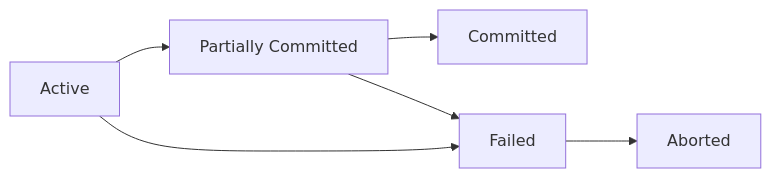
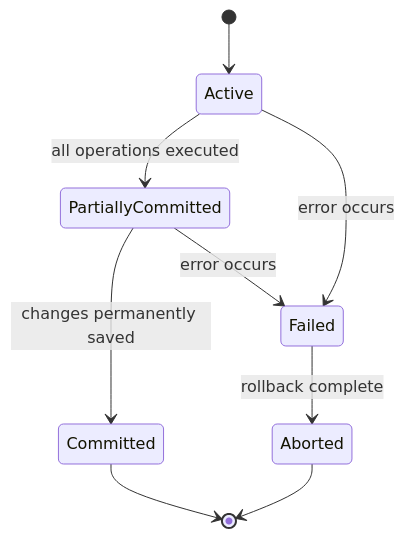
Before and after one commit to Talha-Yaseen-Hub/Database-Management-Systems-DBMS-Complete-Semester-Material-Theory-Lab: the tenth of 13 diagrams in README.md, drawn with Mermaid. The commit also changed other lines of this file, not shown here.

````diff
--- a/README.md
+++ b/README.md
@@ -318,8 +557,11 @@
 ```mermaid
-flowchart LR
-    Active --> PartiallyCommitted[Partially Committed]
-    PartiallyCommitted --> Committed
-    Active --> Failed
-    PartiallyCommitted --> Failed
-    Failed --> Aborted
+stateDiagram-v2
+    [*] --> Active
+    Active --> PartiallyCommitted : all operations executed
+    PartiallyCommitted --> Committed : changes permanently saved
+    Active --> Failed : error occurs
+    PartiallyCommitted --> Failed : error occurs
+    Failed --> Aborted : rollback complete
+    Committed --> [*]
+    Aborted --> [*]
 ```
````
